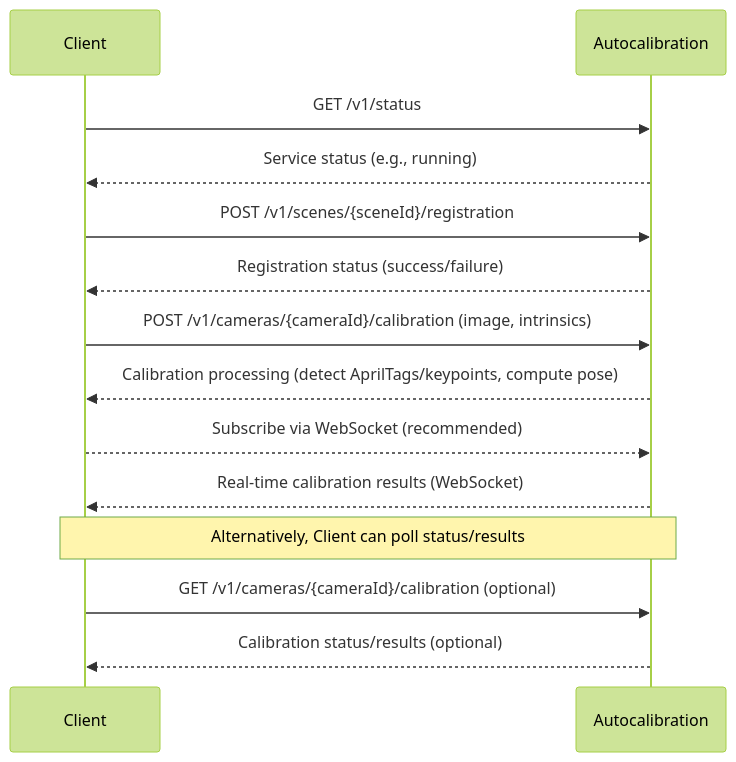
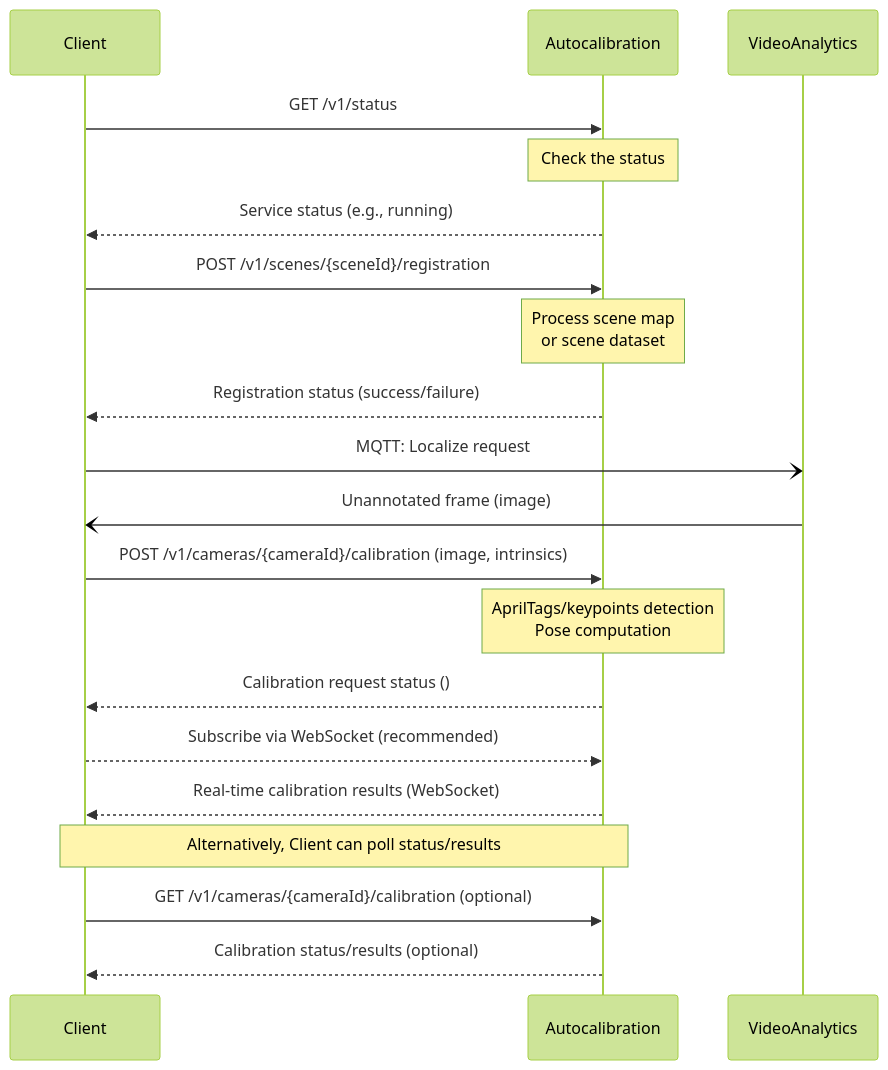
One commit to open-edge-platform/scenescape changed the diagram in autocalibration/docs/user-guide/overview.md. Above: the diagram before and after it, drawn with Mermaid (forest theme). The commit also changed other lines of this file, not shown here.

Commit message:
Sequence update

````diff
--- a/autocalibration/docs/user-guide/overview.md
+++ b/autocalibration/docs/user-guide/overview.md
@@ -57,20 +59,26 @@
 ```mermaid
 sequenceDiagram
    participant Client
    participant Autocalibration
+   participant VideoAnalytics
 
    %% Scene Registration
    Client->>Autocalibration: GET /v1/status
+   Note over Autocalibration: Check the status
    Autocalibration-->>Client: Service status (e.g., running)
    Client->>Autocalibration: POST /v1/scenes/{sceneId}/registration
+   Note over Autocalibration: Process scene map<br/>or scene dataset
    Autocalibration-->>Client: Registration status (success/failure)
 
    %% Localization
+   Client-)VideoAnalytics: MQTT: Localize request
+   VideoAnalytics-)Client: Unannotated frame (image)
    Client->>Autocalibration: POST /v1/cameras/{cameraId}/calibration (image, intrinsics)
-   Autocalibration-->>Client: Calibration processing (detect AprilTags/keypoints, compute pose)
+   Note over Autocalibration: AprilTags/keypoints detection<br/>Pose computation
+   Autocalibration-->>Client: Calibration request status ()
    Client-->>Autocalibration: Subscribe via WebSocket (recommended)
    Autocalibration-->>Client: Real-time calibration results (WebSocket)
    Note over Client,Autocalibration: Alternatively, Client can poll status/results
    Client->>Autocalibration: GET /v1/cameras/{cameraId}/calibration (optional)
    Autocalibration-->>Client: Calibration status/results (optional)
 ```
````
